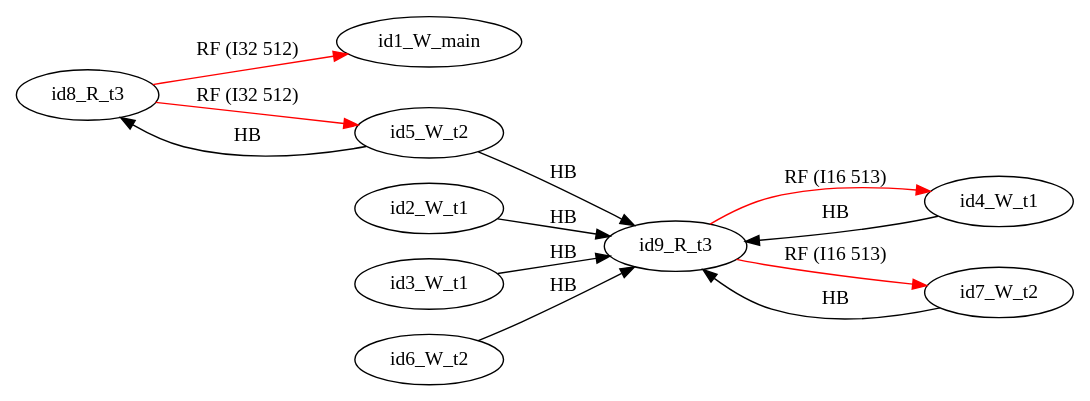
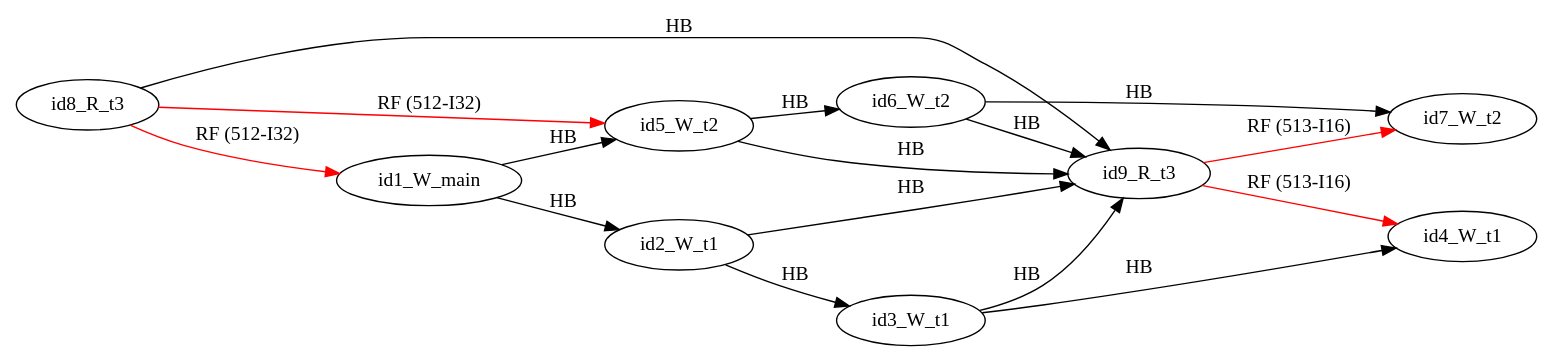
The diagram in examples/single_var/sv_simple19/mm30.dot (FMJS/EMME), drawn with Graphviz before and after one commit. The commit also changed 242 other files, not shown here.

```diff
--- a/examples/single_var/sv_simple19/mm30.dot
+++ b/examples/single_var/sv_simple19/mm30.dot
@@ -1,24 +1,28 @@
 digraph memory_model {
 rankdir=LR;
 splines=true; esep=0.5;
-id8_R_t3 -> id1_W_main [label = "RF (I32 512)", color="red"];
-id8_R_t3 -> id5_W_t2 [label = "RF (I32 512)", color="red"];
-id9_R_t3 -> id4_W_t1 [label = "RF (I16 513)", color="red"];
-id9_R_t3 -> id7_W_t2 [label = "RF (I16 513)", color="red"];
+id8_R_t3 -> id1_W_main [label = "RF (512-I32)", color="red"];
+id8_R_t3 -> id5_W_t2 [label = "RF (512-I32)", color="red"];
+id9_R_t3 -> id4_W_t1 [label = "RF (513-I16)", color="red"];
+id9_R_t3 -> id7_W_t2 [label = "RF (513-I16)", color="red"];
+id2_W_t1 -> id3_W_t1 [label = "HB", color="black"];
+id3_W_t1 -> id4_W_t1 [label = "HB", color="black"];
+id5_W_t2 -> id6_W_t2 [label = "HB", color="black"];
+id6_W_t2 -> id7_W_t2 [label = "HB", color="black"];
+id8_R_t3 -> id9_R_t3 [label = "HB", color="black"];
+id1_W_main -> id2_W_t1 [label = "HB", color="black"];
+id1_W_main -> id5_W_t2 [label = "HB", color="black"];
 id2_W_t1 -> id9_R_t3 [label = "HB", color="black"];
 id3_W_t1 -> id9_R_t3 [label = "HB", color="black"];
-id4_W_t1 -> id9_R_t3 [label = "HB", color="black"];
-id5_W_t2 -> id8_R_t3 [label = "HB", color="black"];
 id5_W_t2 -> id9_R_t3 [label = "HB", color="black"];
 id6_W_t2 -> id9_R_t3 [label = "HB", color="black"];
-id7_W_t2 -> id9_R_t3 [label = "HB", color="black"];
 id1_W_main [pos="5.0,6!"]
 id2_W_t1 [pos="0,4!"]
 id3_W_t1 [pos="0,2!"]
 id4_W_t1 [pos="0,0!"]
 id5_W_t2 [pos="5,4!"]
 id6_W_t2 [pos="5,2!"]
 id7_W_t2 [pos="5,0!"]
 id8_R_t3 [pos="10,4!"]
 id9_R_t3 [pos="10,2!"]
 }
```
